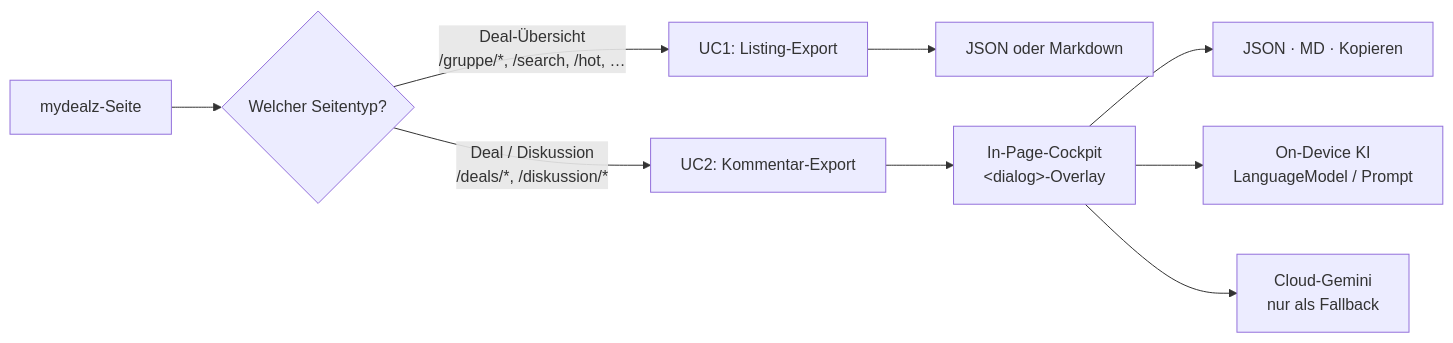
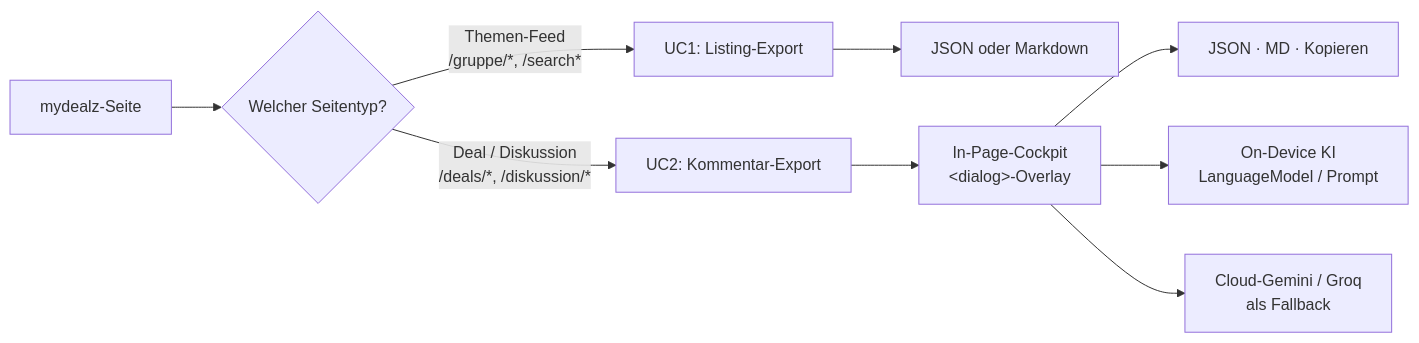
The diagram in README.md (grapefruit89/MydealzExporter), drawn with Mermaid before and after one commit. The commit also changed other lines of this file and 11 other files, not shown here.

Commit message:
feat(architecture): align repo to LLM-ordnerstruktur (docs/ folder, semantic anchors, sharpened AI prompts)

````diff
--- a/README.md
+++ b/README.md
@@ -20,11 +20,11 @@
 ```mermaid
 flowchart LR
     A[mydealz-Seite] --> B{Welcher Seitentyp?}
-    B -->|Deal-Übersicht<br/>/gruppe/*, /search, /hot, …| C[UC1: Listing-Export]
+    B -->|Themen-Feed<br/>/gruppe/*, /search*| C[UC1: Listing-Export]
     B -->|Deal / Diskussion<br/>/deals/*, /diskussion/*| D[UC2: Kommentar-Export]
     C --> E[JSON oder Markdown]
     D --> F[In-Page-Cockpit<br/>&lt;dialog&gt;-Overlay]
     F --> E2[JSON · MD · Kopieren]
     F --> G[On-Device KI<br/>LanguageModel / Prompt]
-    F --> H[Cloud-Gemini<br/>nur als Fallback]
+    F --> H[Cloud-Gemini / Groq<br/>als Fallback]
 ```
````
